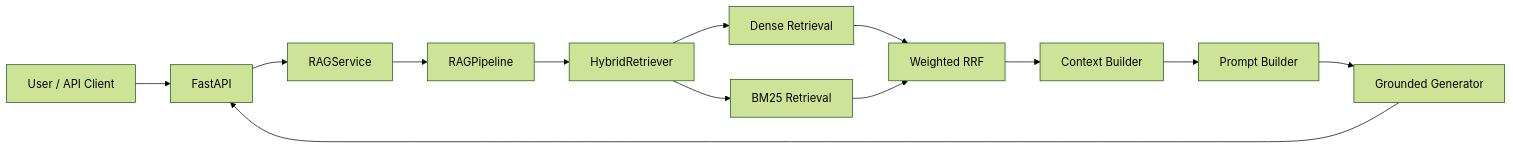
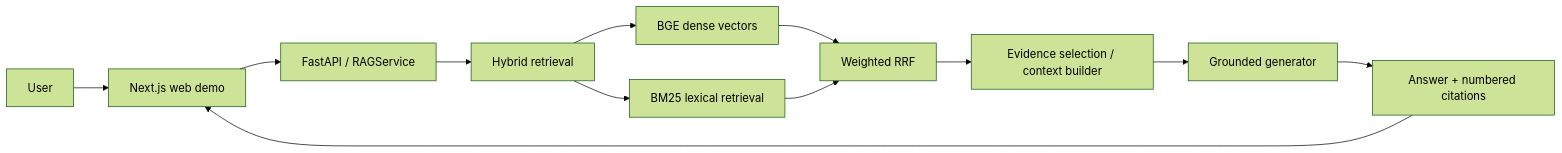
One commit to Thazg/knowledge-intelligence-platform changed the diagram in README.md. Above: the diagram before and after it, drawn with Mermaid (forest theme). The commit also changed other lines of this file and 1 other file, not shown here.

Commit message:
docs: refresh README with demo and measured results

````diff
--- a/README.md
+++ b/README.md
@@ -48,14 +94,14 @@
 ```mermaid
 flowchart LR
-    U["User / API Client"] --> API["FastAPI"]
-    API --> SERVICE["RAGService"]
-    SERVICE --> PIPELINE["RAGPipeline"]
-    PIPELINE --> HYBRID["HybridRetriever"]
-    HYBRID --> DENSE["Dense Retrieval"] & BM25["BM25 Retrieval"]
+    U["User"] --> WEB["Next.js web demo"]
+    WEB --> API["FastAPI / RAGService"]
+    API --> HYBRID["Hybrid retrieval"]
+    HYBRID --> DENSE["BGE dense vectors"]
+    HYBRID --> SPARSE["BM25 lexical retrieval"]
     DENSE --> RRF["Weighted RRF"]
-    BM25 --> RRF
-    RRF --> CTX["Context Builder"]
-    CTX --> PROMPT["Prompt Builder"]
-    PROMPT --> GEN["Grounded Generator"]
-    GEN --> API
+    SPARSE --> RRF
+    RRF --> CONTEXT["Evidence selection / context builder"]
+    CONTEXT --> GEN["Grounded generator"]
+    GEN --> CITE["Answer + numbered citations"]
+    CITE --> WEB
 ```
````
